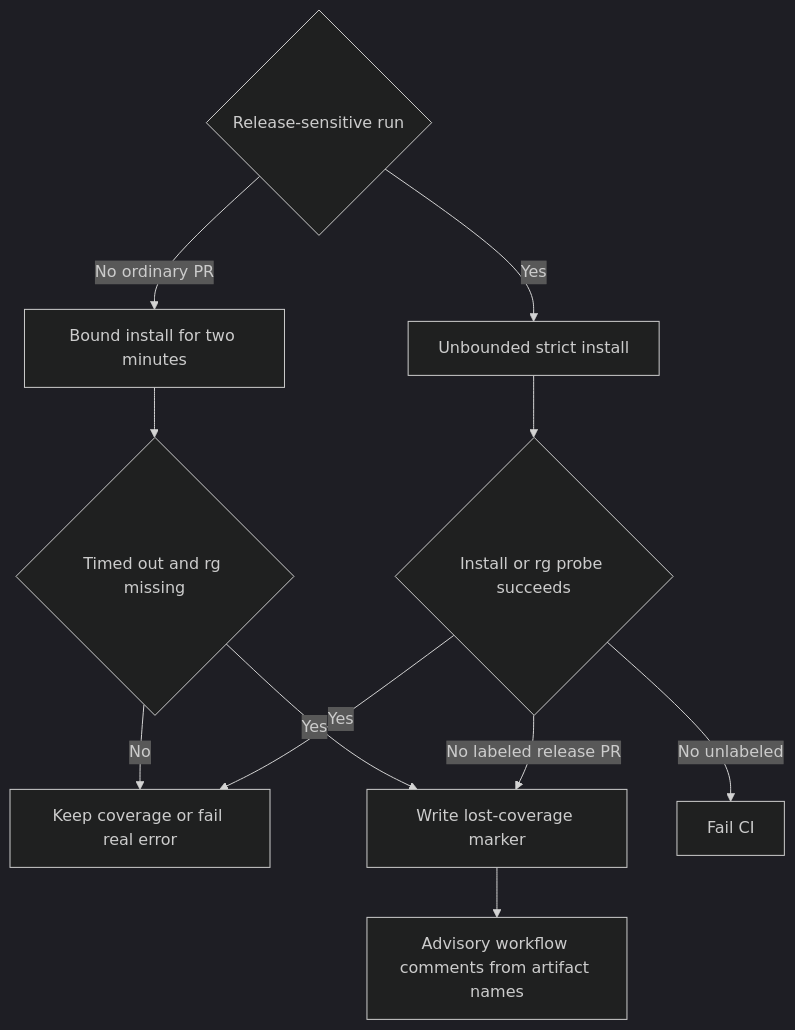
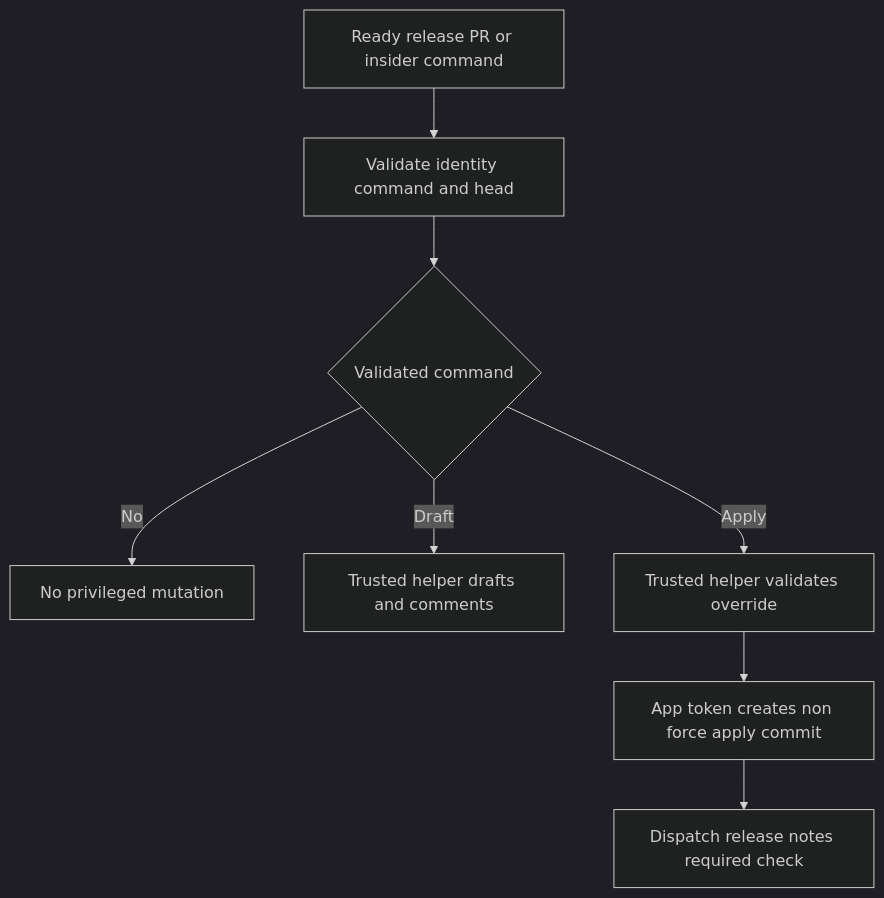
Before and after one commit to langchain-ai/deepagents: the second of 2 diagrams in openwiki/operations/ci-labeling.md, drawn with Mermaid (dark theme). The commit also changed other lines of this file and 13 other files, not shown here.

````diff
--- a/openwiki/operations/ci-labeling.md
+++ b/openwiki/operations/ci-labeling.md
@@ -109,14 +86,10 @@
 ```mermaid
 flowchart TD
-    Kind{"Release-sensitive run"}
-    Kind -->|"No ordinary PR"| Soft["Bound install for two minutes"]
-    Soft --> SoftTimeout{"Timed out and rg missing"}
-    SoftTimeout -->|"No"| Covered["Keep coverage or fail real error"]
-    SoftTimeout -->|"Yes"| Marker["Write lost-coverage marker"]
-    Kind -->|"Yes"| Strict["Unbounded strict install"]
-    Strict --> StrictOK{"Install or rg probe succeeds"}
-    StrictOK -->|"Yes"| Covered
-    StrictOK -->|"No unlabeled"| Block["Fail CI"]
-    StrictOK -->|"No labeled release PR"| Marker
-    Marker --> Comment["Advisory workflow comments from artifact names"]
+    Event["Ready release PR or insider command"] --> Validate["Validate identity command and head"]
+    Validate --> Allowed{"Validated command"}
+    Allowed -->|"No"| Stop["No privileged mutation"]
+    Allowed -->|"Draft"| Draft["Trusted helper drafts and comments"]
+    Allowed -->|"Apply"| Prepare["Trusted helper validates override"]
+    Prepare --> Commit["App token creates non force apply commit"]
+    Commit --> Refresh["Dispatch release notes required check"]
 ```
````
